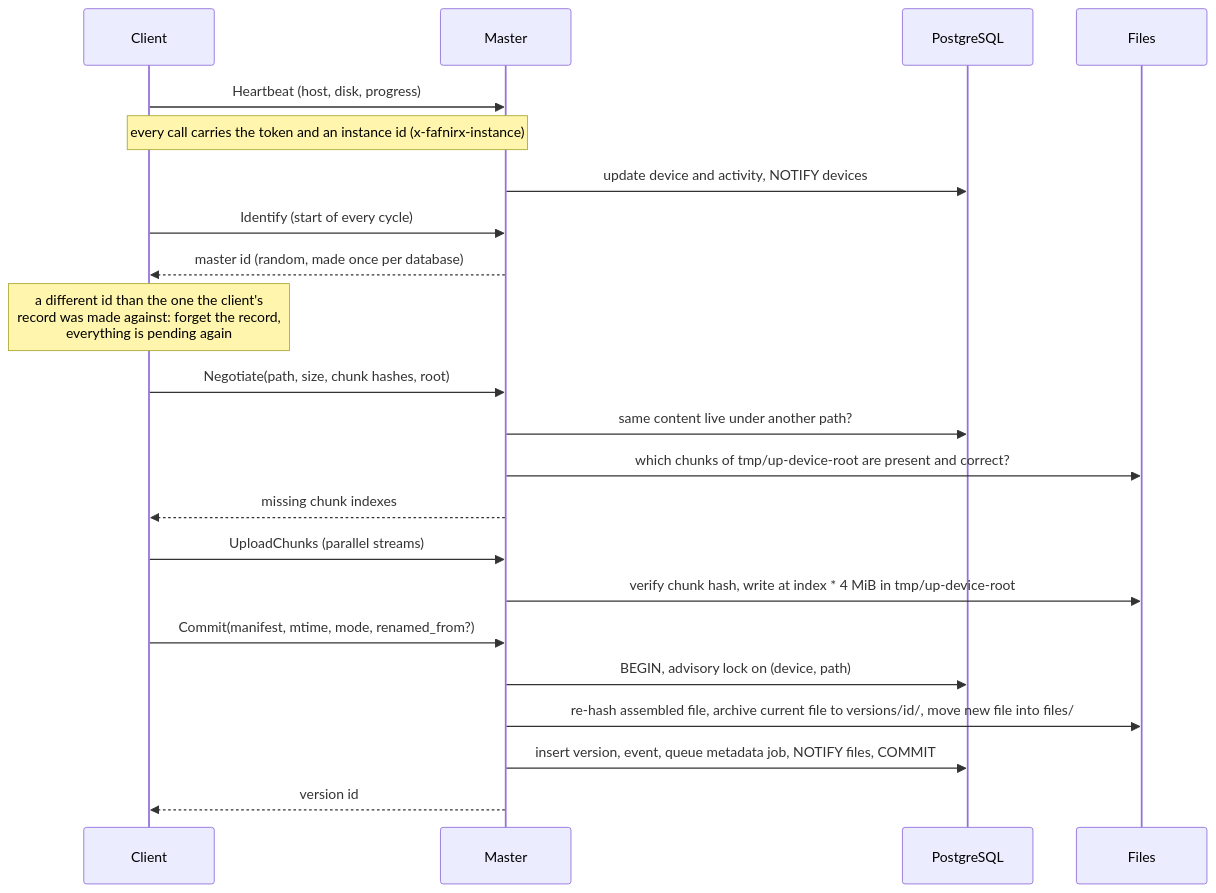
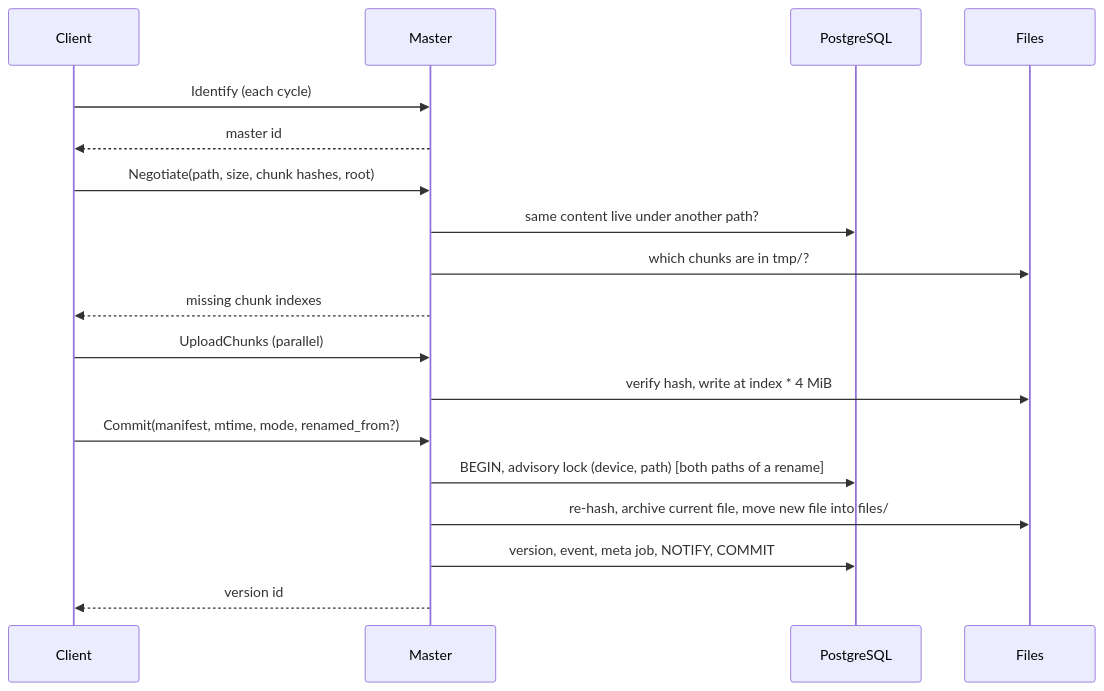
One commit to jameelhamdan/fafnirx changed the second of 3 diagrams in docs/architecture.md. Above: the diagram before and after it, drawn with Mermaid. The commit also changed other lines of this file and 93 other files, not shown here.

First line of the commit message:
UUID ids, accurate rename logging, web move/rename, processing visibility, shorter docs

````diff
--- a/docs/architecture.md
+++ b/docs/architecture.md
@@ -86,24 +76,20 @@
 ```mermaid
 sequenceDiagram
     participant C as Client
     participant M as Master
     participant DB as PostgreSQL
     participant FS as Files
-    C->>M: Heartbeat (host, disk, progress)
-    Note over C,M: every call carries the token and an instance id (x-fafnirx-instance)
-    M->>DB: update device and activity, NOTIFY devices
-    C->>M: Identify (start of every cycle)
-    M-->>C: master id (random, made once per database)
-    Note over C: a different id than the one the client's<br/>record was made against: forget the record,<br/>everything is pending again
+    C->>M: Identify (each cycle)
+    M-->>C: master id
     C->>M: Negotiate(path, size, chunk hashes, root)
     M->>DB: same content live under another path?
-    M->>FS: which chunks of tmp/up-device-root are present and correct?
+    M->>FS: which chunks are in tmp/?
     M-->>C: missing chunk indexes
-    C->>M: UploadChunks (parallel streams)
-    M->>FS: verify chunk hash, write at index * 4 MiB in tmp/up-device-root
+    C->>M: UploadChunks (parallel)
+    M->>FS: verify hash, write at index * 4 MiB
     C->>M: Commit(manifest, mtime, mode, renamed_from?)
-    M->>DB: BEGIN, advisory lock on (device, path)
-    M->>FS: re-hash assembled file, archive current file to versions/id/, move new file into files/
-    M->>DB: insert version, event, queue metadata job, NOTIFY files, COMMIT
+    M->>DB: BEGIN, advisory lock (device, path) [both paths of a rename]
+    M->>FS: re-hash, archive current file, move new file into files/
+    M->>DB: version, event, meta job, NOTIFY, COMMIT
     M-->>C: version id
 ```
````
